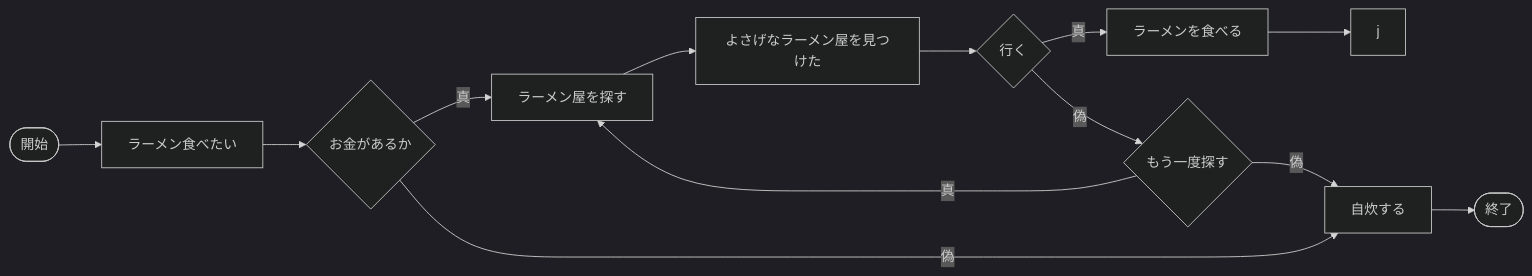
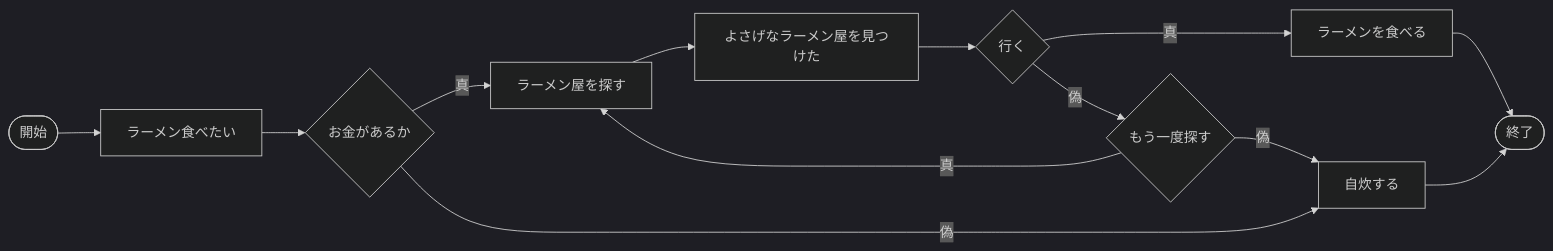
The first of 3 diagrams in README.md (tpu-game-2023/mermaid_test), drawn with Mermaid (dark theme) before and after one commit.

````diff
--- a/README.md
+++ b/README.md
@@ -20,15 +20,15 @@
 ```mermaid
 flowchart LR;
   A([開始]) --> B[ラーメン食べたい];
   B-->C{お金があるか};
   C--真-->D[ラーメン屋を探す];
   C--偽-->E[自炊する];
   D-->F[よさげなラーメン屋を見つけた];
   F-->G{行く};
   G--真-->H[ラーメンを食べる];
   G--偽-->I{もう一度探す};
   I--真-->D;
   I--偽-->E;
   E-->J([終了]);
-  H-->j;
+  H-->J;
 ```
````
